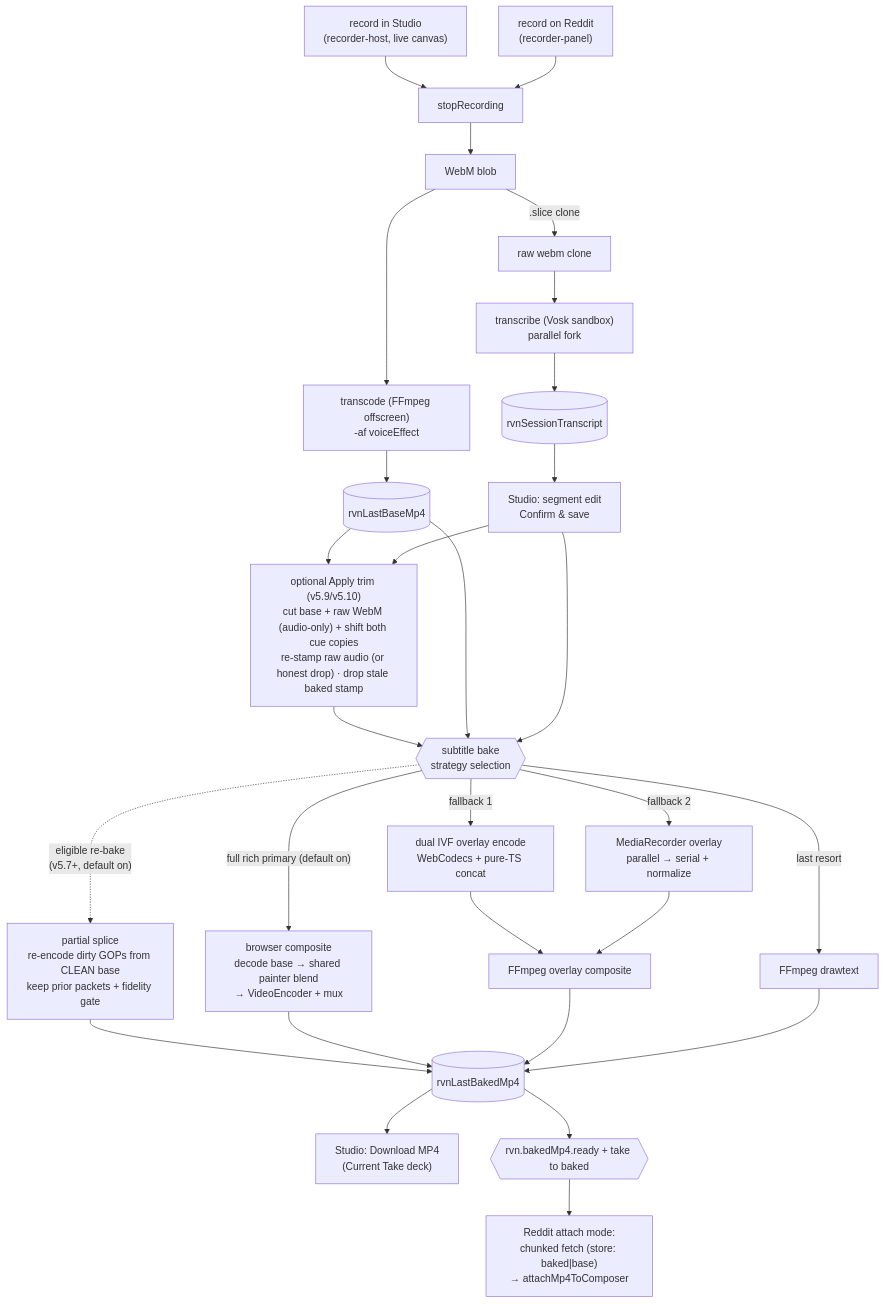
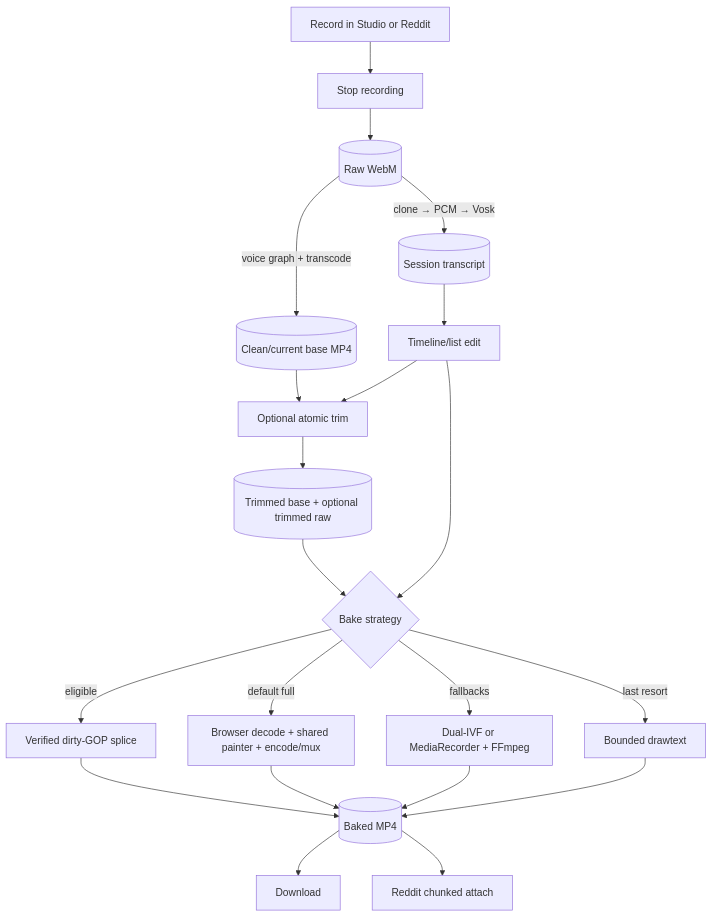
Before and after one commit to bra-khet/reddit-voice-notes-chrome: the second of 4 diagrams in docs/architecture/architecture-map.md, drawn with Mermaid. The commit also changed other lines of this file and 129 other files, not shown here.

````diff
--- a/docs/architecture/architecture-map.md
+++ b/docs/architecture/architecture-map.md
@@ -124,31 +53,23 @@
 ```mermaid
 flowchart TD
-  RS["record in Studio<br/>(recorder-host, live canvas)"] --> STOP[stopRecording]
-  RR["record on Reddit<br/>(recorder-panel)"] --> STOP
-  STOP --> WEBM[WebM blob]
-  WEBM -- ".slice clone" --> CLONE[raw webm clone]
-  WEBM --> TC["transcode (FFmpeg offscreen)<br/>-af voiceEffect"]
-  CLONE --> TR["transcribe (Vosk sandbox)<br/>parallel fork"]
-  TC --> BASE[(rvnLastBaseMp4)]
-  TR --> SESS[(rvnSessionTranscript)]
-  SESS --> EDIT["Studio: segment edit<br/>Confirm & save"]
-  BASE --> APPLY["optional Apply trim (v5.9/v5.10)<br/>cut base + raw WebM (audio-only) + shift both cue copies<br/>re-stamp raw audio (or honest drop) · drop stale baked stamp"]
-  EDIT --> APPLY
-  APPLY --> BAKE
-  BASE --> BAKE
-  EDIT --> BAKE{{"subtitle bake<br/>strategy selection"}}
-  BAKE -. "eligible re-bake<br/>(v5.7+, default on)" .-> SPL["partial splice<br/>re-encode dirty GOPs from CLEAN base<br/>keep prior packets + fidelity gate"]
-  SPL --> BAKED
-  BAKE -- "full rich primary (default on)" --> BC["browser composite<br/>decode base → shared painter blend<br/>→ VideoEncoder + mux"]
-  BAKE -- "fallback 1" --> WC["dual IVF overlay encode<br/>WebCodecs + pure-TS concat"]
-  BAKE -- "fallback 2" --> MR["MediaRecorder overlay<br/>parallel → serial + normalize"]
-  WC --> FFC["FFmpeg overlay composite"]
-  MR --> FFC
-  BAKE -- "last resort" --> DT["FFmpeg drawtext"]
-  BC --> BAKED[(rvnLastBakedMp4)]
-  FFC --> BAKED
-  DT --> BAKED
-  BAKED --> DECK["Studio: Download MP4<br/>(Current Take deck)"]
-  BAKED --> SIG{{"rvn.bakedMp4.ready + take to baked"}}
-  SIG --> ATTACH["Reddit attach mode:<br/>chunked fetch (store: baked|base)<br/>→ attachMp4ToComposer"]
+  REC["Record in Studio or Reddit"] --> STOP["Stop recording"]
+  STOP --> RAW[("Raw WebM")]
+  RAW -->|voice graph + transcode| BASE[("Clean/current base MP4")]
+  RAW -->|clone → PCM → Vosk| TX[("Session transcript")]
+  TX --> EDIT["Timeline/list edit"]
+  BASE --> TRIM["Optional atomic trim"]
+  EDIT --> TRIM
+  TRIM --> BASE2[("Trimmed base + optional trimmed raw")]
+  BASE2 --> BAKE{"Bake strategy"}
+  EDIT --> BAKE
+  BAKE -->|eligible| SPLICE["Verified dirty-GOP splice"]
+  BAKE -->|default full| BROWSER["Browser decode + shared painter + encode/mux"]
+  BAKE -->|fallbacks| FFMPEG["Dual-IVF or MediaRecorder + FFmpeg"]
+  BAKE -->|last resort| DRAWTEXT["Bounded drawtext"]
+  SPLICE --> OUT[("Baked MP4")]
+  BROWSER --> OUT
+  FFMPEG --> OUT
+  DRAWTEXT --> OUT
+  OUT --> DOWNLOAD["Download"]
+  OUT --> ATTACH["Reddit chunked attach"]
 ```
````
